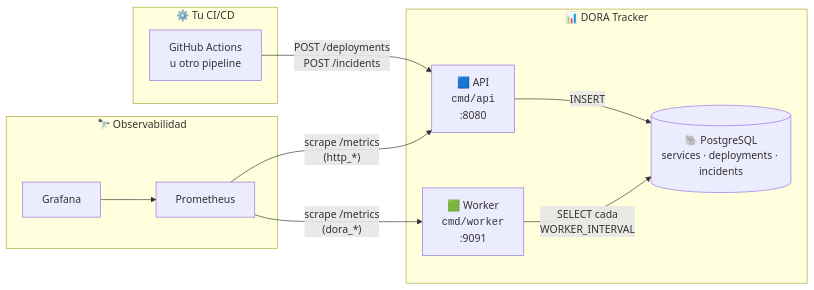
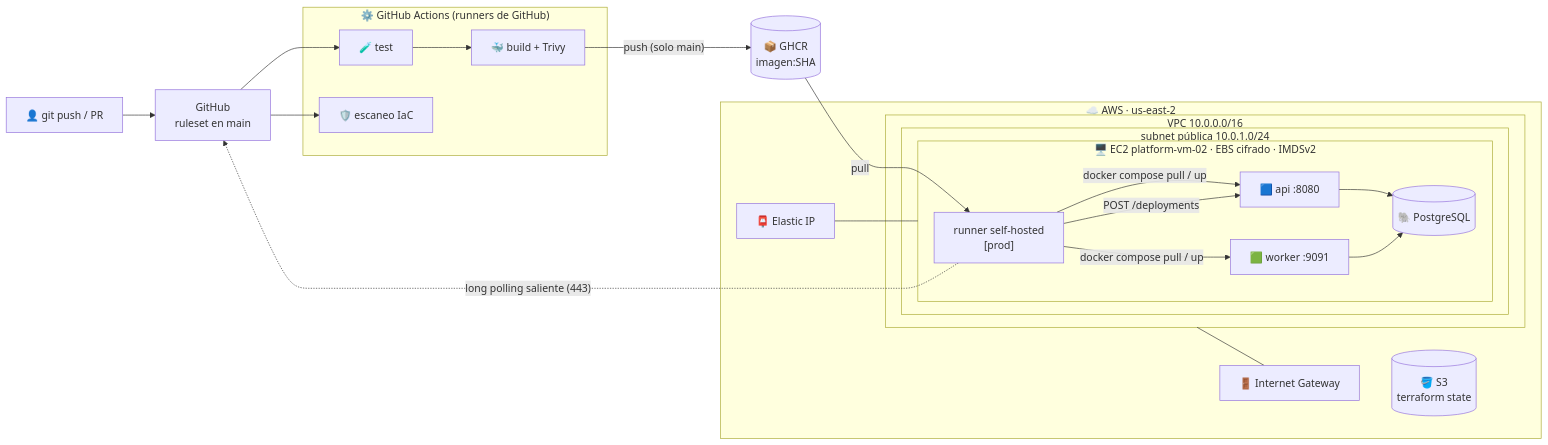
The first of 2 diagrams in README.md (martincitouU/platform), drawn with Mermaid before and after one commit. The commit also changed other lines of this file and 2 other files, not shown here.

````diff
--- a/README.md
+++ b/README.md
@@ -56,24 +47,39 @@
 ```mermaid
 flowchart LR
-    subgraph CI["⚙️ Tu CI/CD"]
-        GH["GitHub Actions<br/>u otro pipeline"]
+    DEV["👤 git push / PR"] --> GH["GitHub<br/>ruleset en main"]
+
+    subgraph GHA["⚙️ GitHub Actions (runners de GitHub)"]
+        T["🧪 test"]
+        I["🛡️ escaneo IaC"]
+        B["🐳 build + Trivy"]
     end
 
-    subgraph DT["📊 DORA Tracker"]
-        API["🟦 API<br/><code>cmd/api</code><br/>:8080"]
-        WK["🟩 Worker<br/><code>cmd/worker</code><br/>:9091"]
-        DB[("🐘 PostgreSQL<br/>services · deployments · incidents")]
+    GH --> T & I
+    T --> B
+    B -- "push (solo main)" --> GHCR[("📦 GHCR<br/>imagen:SHA")]
+
+    subgraph AWS["☁️ AWS · us-east-2"]
+        subgraph VPC["VPC 10.0.0.0/16"]
+            subgraph SUB["subnet pública 10.0.1.0/24"]
+                subgraph EC2["🖥️ EC2 platform-vm-02 · EBS cifrado · IMDSv2"]
+                    RUN["runner self-hosted<br/>[prod]"]
+                    API["🟦 api :8080"]
+                    WK["🟩 worker :9091"]
+                    DB[("🐘 PostgreSQL")]
+                end
+            end
+        end
+        IGW["🚪 Internet Gateway"]
+        EIP["📮 Elastic IP"]
+        S3[("🪣 S3<br/>terraform state")]
     end
 
-    subgraph OBS["🔭 Observabilidad"]
-        PROM["Prometheus"]
-        GRAF["Grafana"]
-    end
-
-    GH -- "POST /deployments<br/>POST /incidents" --> API
-    API -- "INSERT" --> DB
-    WK -- "SELECT cada<br/>WORKER_INTERVAL" --> DB
-    PROM -- "scrape /metrics<br/>(dora_*)" --> WK
-    PROM -- "scrape /metrics<br/>(http_*)" --> API
-    GRAF --> PROM
+    RUN -. "long polling saliente (443)" .-> GH
+    RUN -- "docker compose pull / up" --> API & WK
+    GHCR -- "pull" --> RUN
+    API --> DB
+    WK --> DB
+    RUN -- "POST /deployments" --> API
+    EIP --- EC2
+    VPC --- IGW
 ```
````
